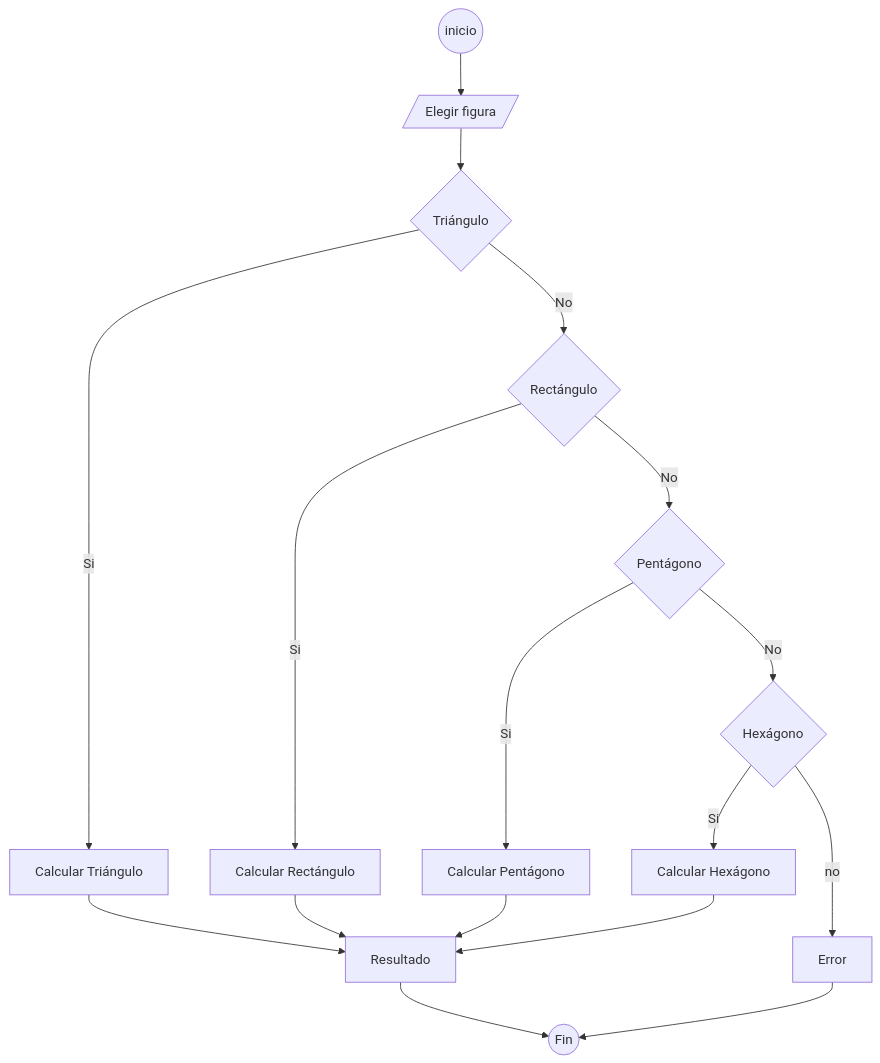
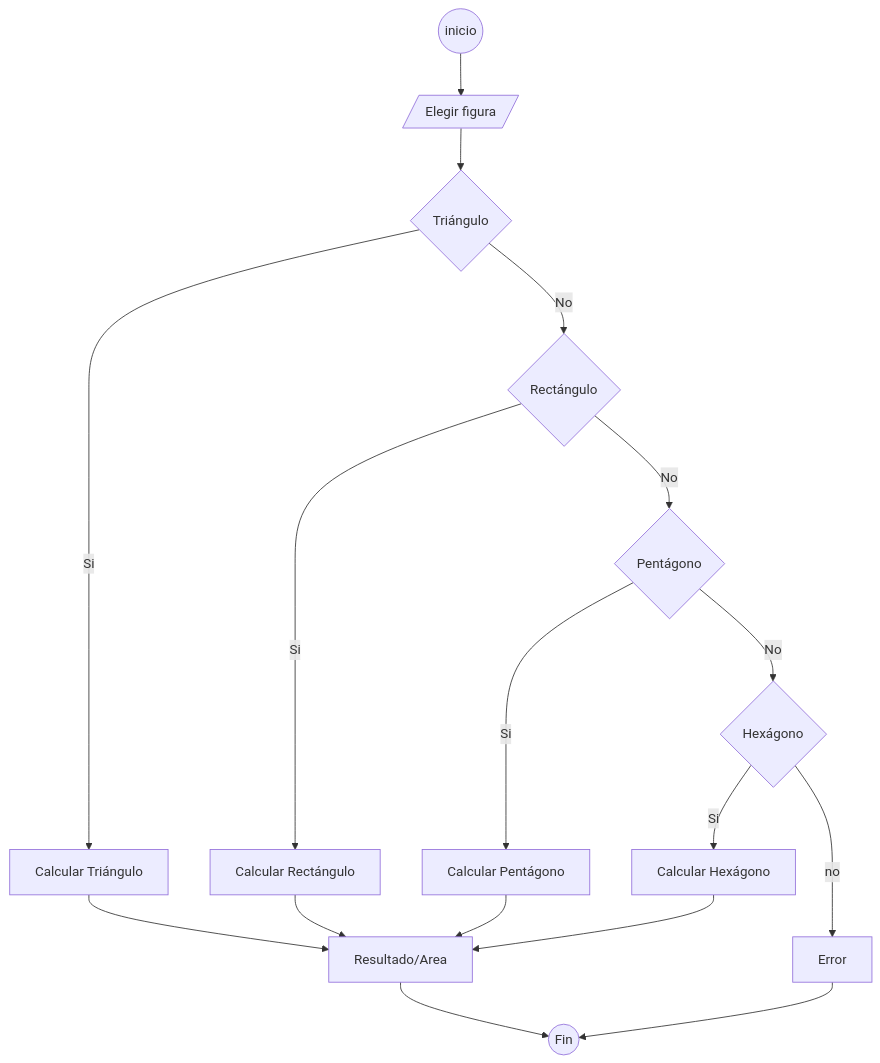
Before and after one commit to agonzalezbesada/Diagrama_de_Flujos_2: the diagram in src/Ejercicio2/Readme.md, drawn with Mermaid.

Commit message:
Especificación

````diff
--- a/src/Ejercicio2/Readme.md
+++ b/src/Ejercicio2/Readme.md
@@ -1,42 +1,42 @@
 ```mermaid
 
 flowchart TB
     1((inicio))
     2[/Elegir figura/]
     3{Triángulo}
     3.5[Calcular Triángulo]
     4{Rectángulo}
     4.5[Calcular Rectángulo]
     5{Pentágono}
     5.5[Calcular Pentágono]
     6{Hexágono}
     6.5[Calcular Hexágono]
-    7[Resultado]
+    7[Resultado/Area]
     8[Error]
     9((Fin))
     
     
     
     
     
     
     1-->2
     2-->3
     3-->|Si|3.5
     3-->|No|4
     4-->|Si|4.5
     4-->|No|5
     5-->|Si|5.5
     5-->|No|6
     6-->|Si|6.5
     6-->|no|8
     3.5-->7
     4.5-->7
     5.5-->7
     6.5-->7
     7-->9
     8-->9
     
     
     
 ```
````
